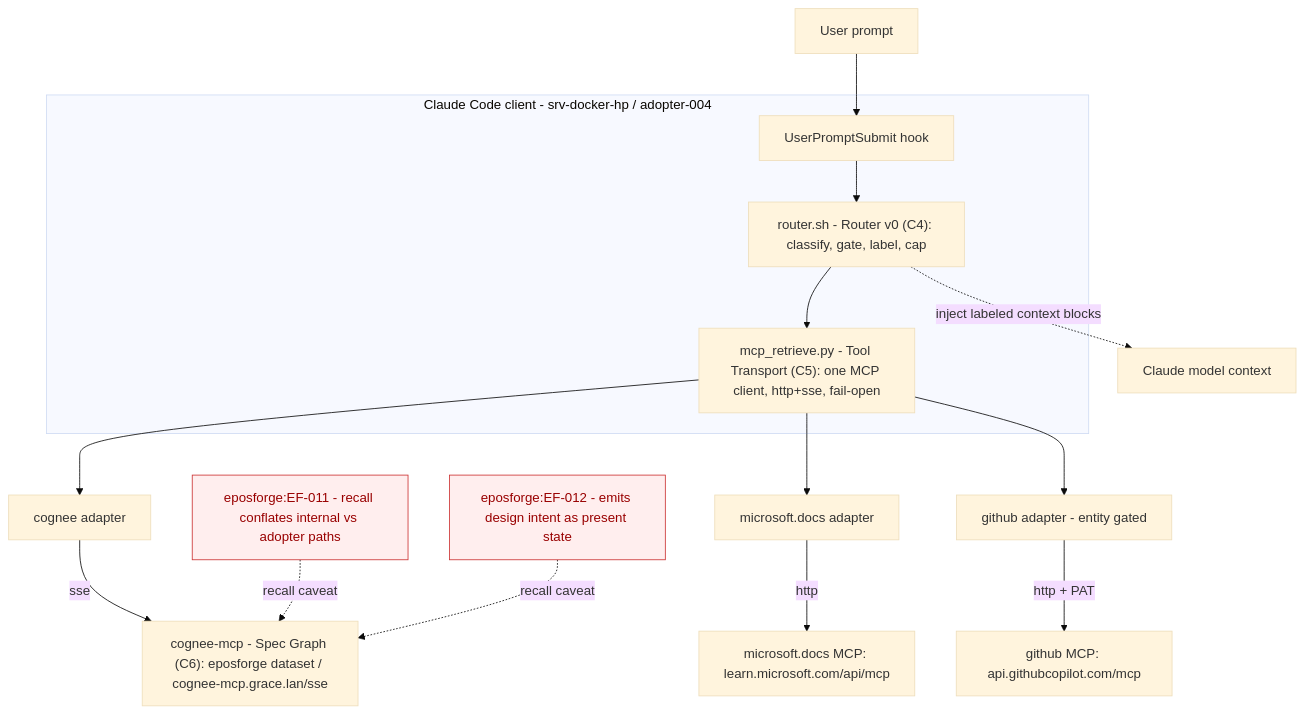
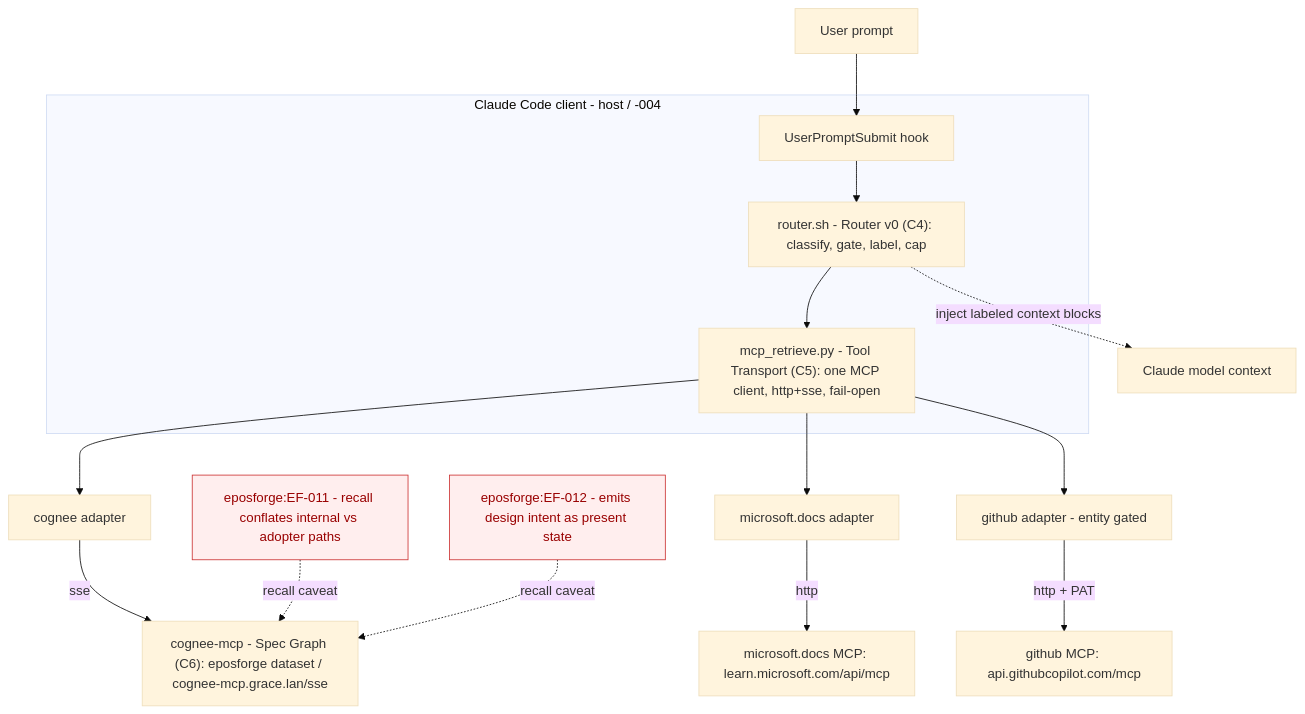
Before and after one commit to eposforge/eposforge: the diagram in docs/cognee-rag-hook-architecture.mmd, drawn with Mermaid (base theme). The commit also changed 242 other files, not shown here.

First line of the commit message:
backlog(EF-059/060): adopt uniform .eposforge container + reference updates (framework)

```diff
--- a/docs/cognee-rag-hook-architecture.mmd
+++ b/docs/cognee-rag-hook-architecture.mmd
@@ -1,26 +1,26 @@
 %% Client-side Router v0 augmentation shim - architecture
 %% Plan: cognee-rag-hook-plan.md
-%% Backlog: adopter-004 (instance) / eposforge:EF-013 (pattern)
+%% Backlog: <adopter-ID>-004 (instance) / eposforge:EF-013 (pattern)
 flowchart TB
     U["User prompt"] --> UP["UserPromptSubmit hook"]
 
-    subgraph SHIM["Claude Code client - srv-docker-hp / adopter-004"]
+    subgraph SHIM["Claude Code client - host / <adopter-ID>-004"]
         UP --> R["router.sh - Router v0 (C4): classify, gate, label, cap"]
         R --> T["mcp_retrieve.py - Tool Transport (C5): one MCP client, http+sse, fail-open"]
     end
 
     T --> CGA["cognee adapter"]
     T --> MSA["microsoft.docs adapter"]
     T --> GHA["github adapter - entity gated"]
 
     CGA -->|sse| COG["cognee-mcp - Spec Graph (C6): eposforge dataset / cognee-mcp.grace.lan/sse"]
     MSA -->|http| MSS["microsoft.docs MCP: learn.microsoft.com/api/mcp"]
     GHA -->|http + PAT| GHS["github MCP: api.githubcopilot.com/mcp"]
 
     R -.->|inject labeled context blocks| L["Claude model context"]
 
     EF011["eposforge:EF-011 - recall conflates internal vs adopter paths"] -. recall caveat .-> COG
     EF012["eposforge:EF-012 - emits design intent as present state"] -. recall caveat .-> COG
 
     classDef blocker fill:#fee,stroke:#c33,color:#900;
     class EF011,EF012 blocker;
```
